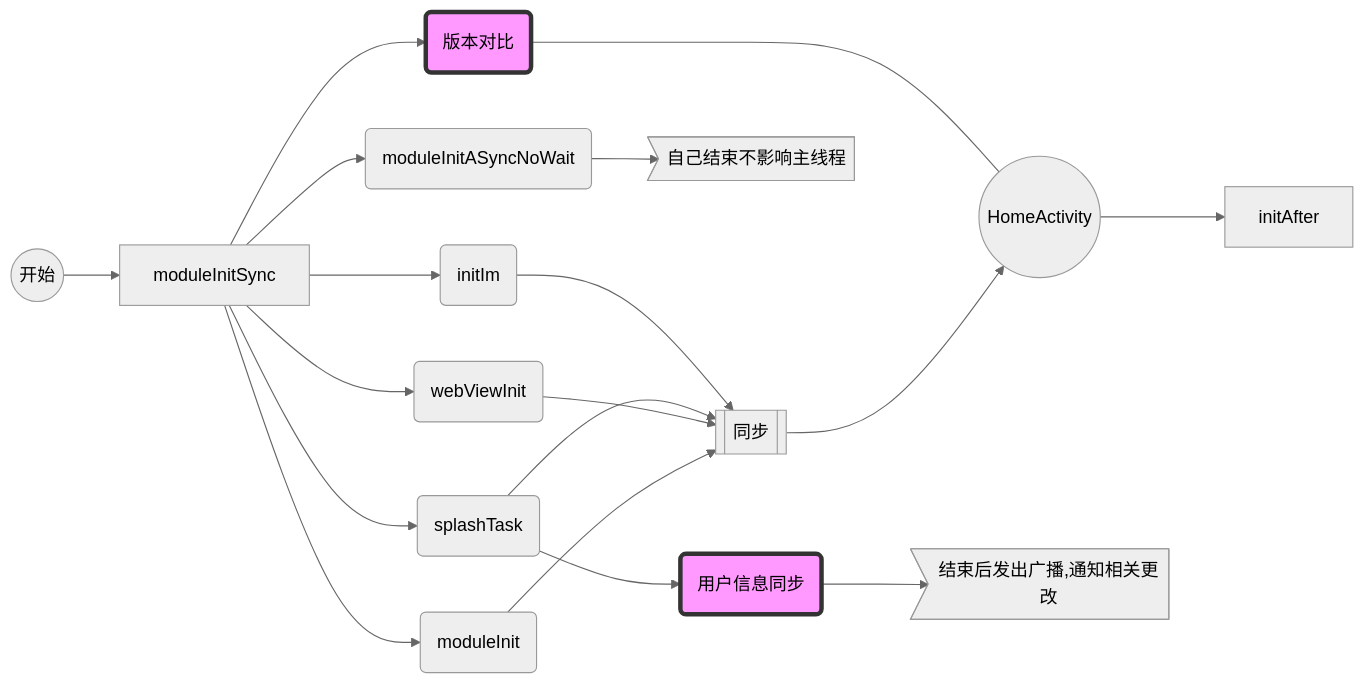
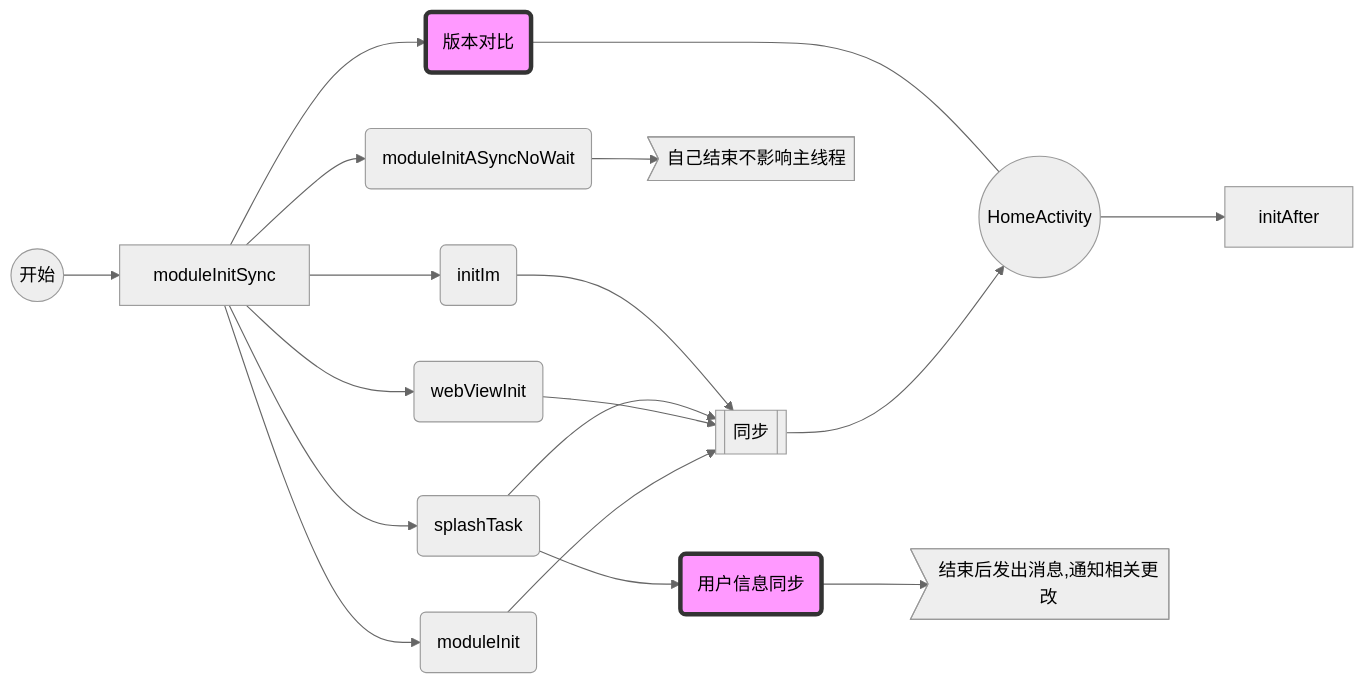
Before and after one commit to cugkuan/doc: the sixth of 6 diagrams in 启动优化.md, drawn with Mermaid (neutral theme). The commit also changed other lines of this file and 1 other file, not shown here.

````diff
--- a/启动优化.md
+++ b/启动优化.md
@@ -336,32 +337,32 @@
 ```mermaid
   graph LR
 s((开始))
      a[moduleInitSync]
      b(moduleInit)
      c(moduleInitASyncNoWait)
      d(webViewInit)
      e(splashTask)
      g(initIm)
      h[initAfter]
 
      user(用户信息同步)
      version(版本对比)
 
      style user  fill:#f9f,stroke:#333,stroke-width:4px;
      style version fill:#f9f,stroke:#333,stroke-width:4px;
 
 f((HomeActivity))
 f2>自己结束不影响主线程]
 s1[[同步]]
-f4>结束后发出广播,通知相关更改]
+f4>结束后发出消息,通知相关更改]
 
 s-->a
 a --> b --> s1
 a --> c -->f2
 a -->d -->s1
 s1 --> f-->h
 a--> e --> s1
 a --> g -->s1
 e -->user -->f4
 a --> version ---- f
  ```
````
